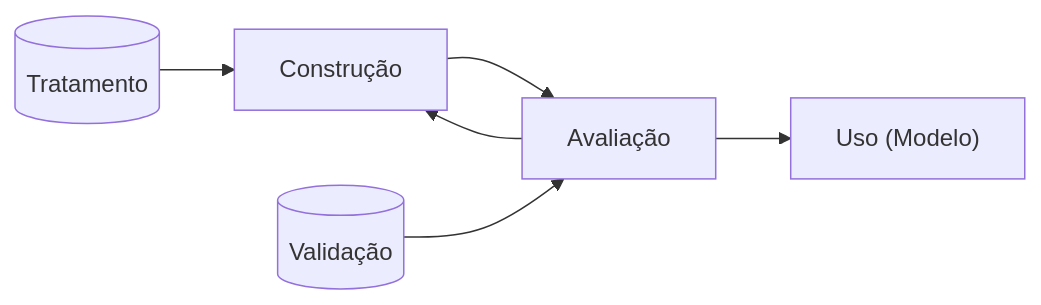
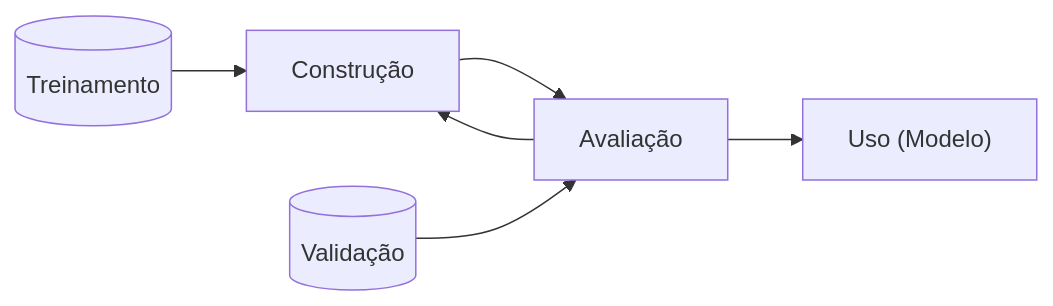
Before and after one commit to UFMG-Organizacao-de-Disciplinas/DCC831-TECC_Aprendizado_Descritivo: the first of 8 diagrams in Files/Notas de Aula - 2025.md, drawn with Mermaid. The commit also changed other lines of this file, not shown here.

````diff
--- a/Files/Notas de Aula - 2025.md
+++ b/Files/Notas de Aula - 2025.md
@@ -42,13 +40,14 @@
 ```mermaid
 flowchart LR
-  Trat[(Tratamento)]
+  Trei[(Treinamento)]
   Cons[Construção]
   Ava[Avaliação]
   Uso["Uso (Modelo)"]
   Val[(Validação)]
-  Trat --> Cons
+
+  Trei --> Cons
   Cons --> Ava
   Ava --> Uso
   Ava --> Cons
   Val --> Ava
 ```
````
